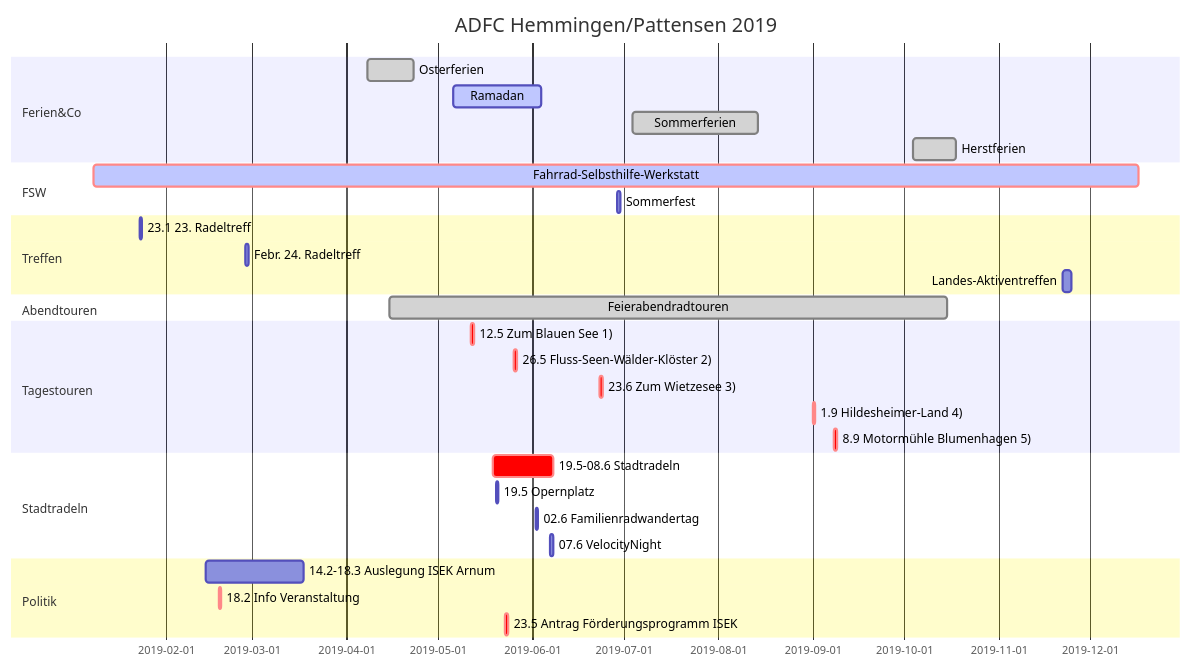
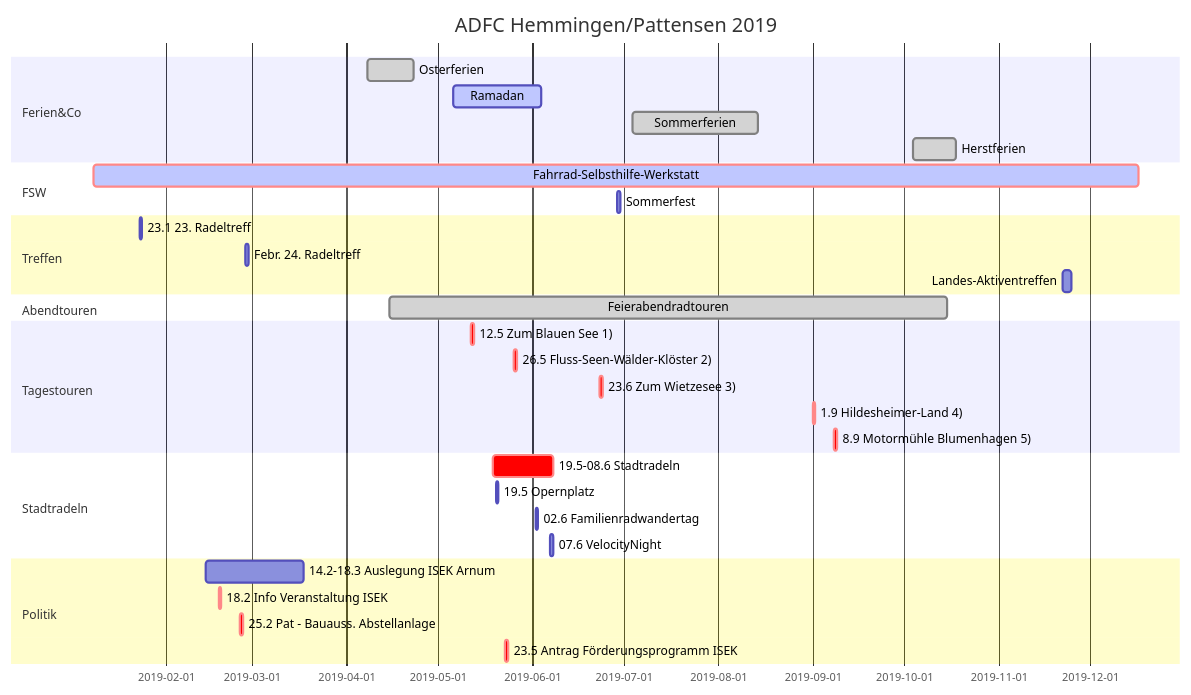
One commit to adfc-hemmingen-pattensen/adfc-hemmingen-pattensen.github.io changed the diagram in index.md. Above: the diagram before and after it, drawn with Mermaid. The commit also changed 2 other files, not shown here.

Commit message:
Abstellanlage

````diff
--- a/index.md
+++ b/index.md
@@ -102,42 +102,43 @@
 ```mermaid
 gantt
   title ADFC Hemmingen/Pattensen 2019
   dateFormat  DD.MM.YY
 
 section Ferien&Co
   Osterferien :done,        08.04.19, 23.04.19
   Ramadan     :active,done, 06.05.19, 04.06.19
   Sommerferien:done,        04.07.19, 14.08.19
   Herstferien :done,        04.10.19, 18.10.19
 
 section FSW
   Fahrrad-Selbsthilfe-Werkstatt :crit,active, 08.01.19, 17.12.19
   Sommerfest                    : 29.06.19, 1d
 
 section Treffen
   23.1 23. Radeltreff  : 23.01.19, 1d
   Febr. 24. Radeltreff : 27.02.19, 1d
   Landes-Aktiventreffen: 22.11.19, 3d
   
 section Abendtouren
   Feierabendradtouren        :done,       15.04.19, 15.10.19
 
 section Tagestouren
   12.5 Zum Blauen See 1)           :crit, 12.05.19,1d
   26.5 Fluss-Seen-Wälder-Klöster 2):crit, 26.05.19,1d
   23.6 Zum Wietzesee 3)            :crit, 23.06.19,1d
   1.9 Hildesheimer-Land 4)         :crit, 01.09.19,1d
   8.9 Motormühle Blumenhagen 5)    :crit, 08.09.19,1d
   
 
 section Stadtradeln
   19.5-08.6 Stadtradeln    : crit, 19.05.19, 08.06.19
   19.5 Opernplatz          :       20.05.19, 1d
   02.6 Familienradwandertag:       02.06.19, 1d
   07.6 VelocityNight       :       07.06.19, 1d
 
 section Politik
   14.2-18.3 Auslegung ISEK Arnum: 14.02.19, 18.03.19
-  18.2 Info Veranstaltung       : crit, 18.02.19, 1d 
+  18.2 Info Veranstaltung ISEK  : crit, 18.02.19, 1d 
+  25.2 Pat - Bauauss. Abstellanlage : crit, 25.02.19, 1d
   23.5 Antrag Förderungsprogramm ISEK : crit, 23.05.19,1d 
 ```
````
